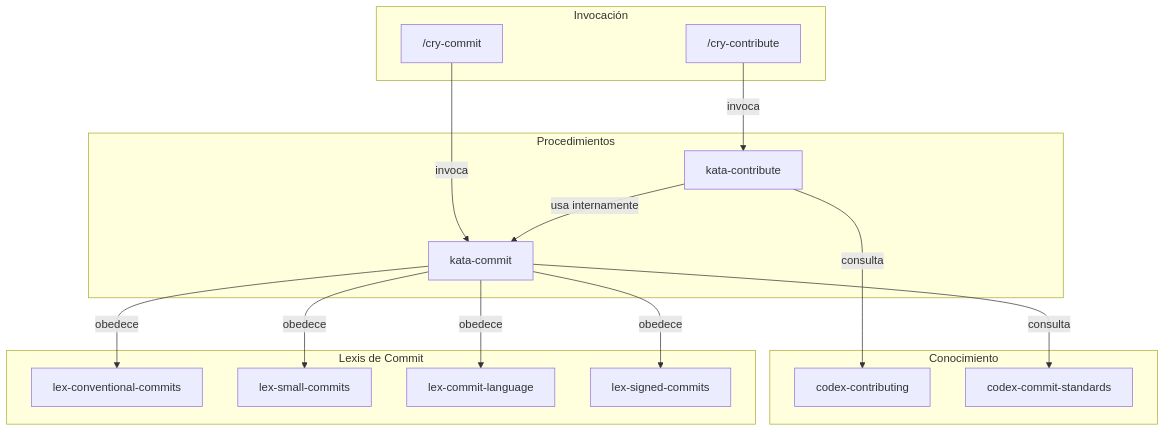
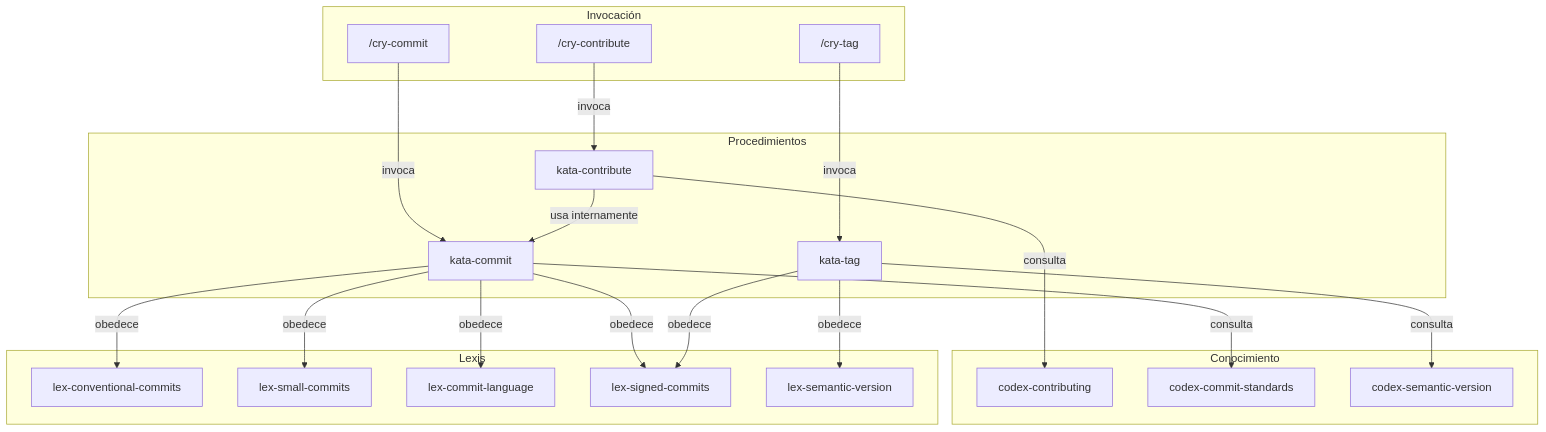
The diagram in framework/es/_foundation/contributing/README.md (guardiatechnology/ahrena), drawn with Mermaid before and after one commit. The commit also changed other lines of this file and 24 other files, not shown here.

First line of the commit message:
feat(contributing): add cry-tag and semantic versioning (lex, codex, kata)

````diff
--- a/framework/es/_foundation/contributing/README.md
+++ b/framework/es/_foundation/contributing/README.md
@@ -11,34 +11,42 @@
 ```mermaid
 flowchart TD
     subgraph invocation ["Invocación"]
         CryCommit["/cry-commit"]
         CryContribute["/cry-contribute"]
+        CryTag["/cry-tag"]
     end
 
     subgraph procedures ["Procedimientos"]
         KataCommit["kata-commit"]
         KataContribute["kata-contribute"]
+        KataTag["kata-tag"]
     end
 
     subgraph knowledge ["Conocimiento"]
         CdxContributing["codex-contributing"]
         CdxCommitStd["codex-commit-standards"]
+        CdxSemVer["codex-semantic-version"]
     end
 
-    subgraph laws ["Lexis de Commit"]
+    subgraph laws ["Lexis"]
         LexConventional["lex-conventional-commits"]
         LexSmall["lex-small-commits"]
         LexLanguage["lex-commit-language"]
         LexSigned["lex-signed-commits"]
+        LexSemVer["lex-semantic-version"]
     end
 
     CryCommit -->|"invoca"| KataCommit
     CryContribute -->|"invoca"| KataContribute
+    CryTag -->|"invoca"| KataTag
     KataContribute -->|"usa internamente"| KataCommit
     KataContribute -->|"consulta"| CdxContributing
     KataCommit -->|"consulta"| CdxCommitStd
     KataCommit -->|"obedece"| LexConventional
     KataCommit -->|"obedece"| LexSmall
     KataCommit -->|"obedece"| LexLanguage
     KataCommit -->|"obedece"| LexSigned
+    KataTag -->|"consulta"| CdxSemVer
+    KataTag -->|"obedece"| LexSemVer
+    KataTag -->|"obedece"| LexSigned
 ```
````
